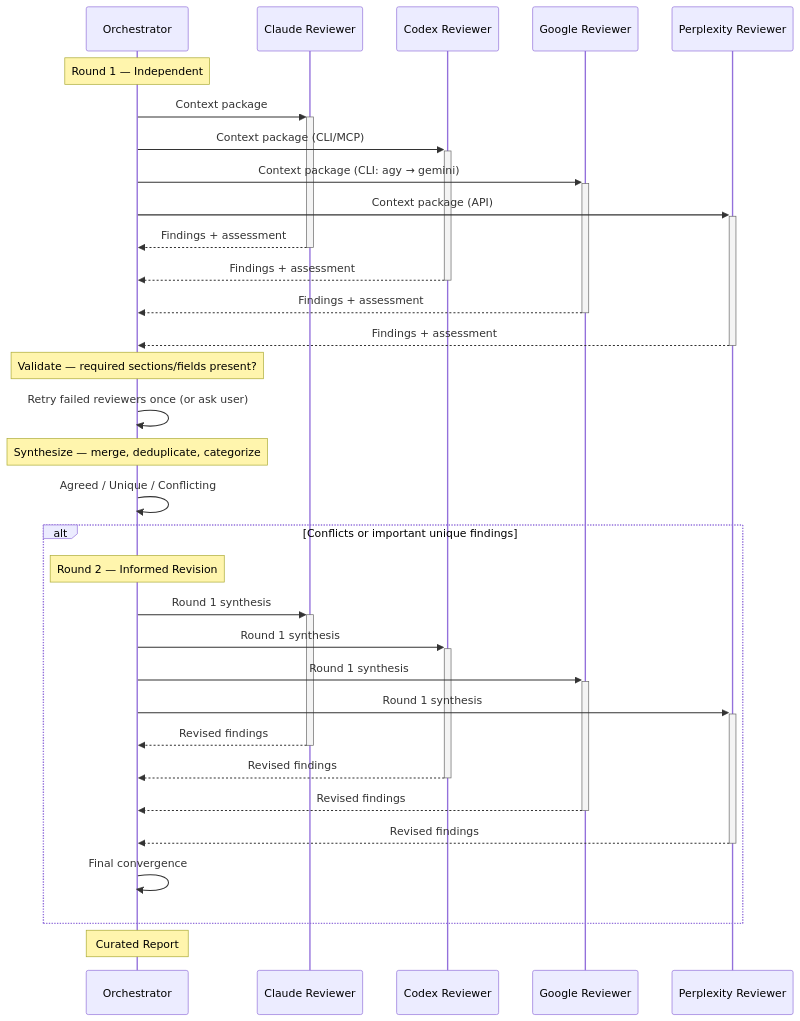
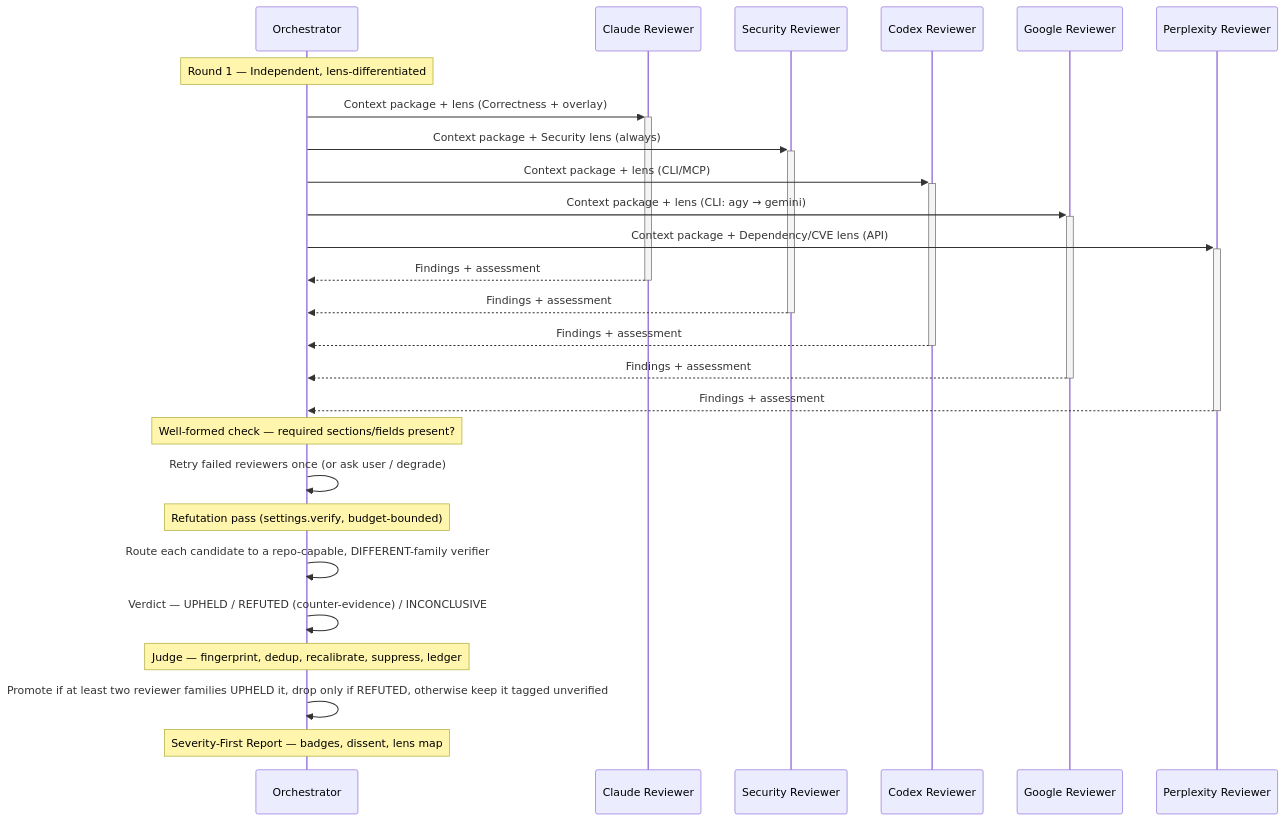
The third of 5 diagrams in README.md (deployhq/review-council), drawn with Mermaid before and after one commit. The commit also changed other lines of this file and 2 other files, not shown here.

````diff
--- a/README.md
+++ b/README.md
@@ -242,39 +300,33 @@
 ```mermaid
 sequenceDiagram
     participant O as Orchestrator
     participant C as Claude Reviewer
+    participant S as Security Reviewer
     participant X as Codex Reviewer
     participant G as Google Reviewer
     participant P as Perplexity Reviewer
 
-    Note over O: Round 1 — Independent
-    O->>+C: Context package
-    O->>+X: Context package (CLI/MCP)
-    O->>+G: Context package (CLI: agy → gemini)
-    O->>+P: Context package (API)
+    Note over O: Round 1 — Independent, lens-differentiated
+    O->>+C: Context package + lens (Correctness + overlay)
+    O->>+S: Context package + Security lens (always)
+    O->>+X: Context package + lens (CLI/MCP)
+    O->>+G: Context package + lens (CLI: agy → gemini)
+    O->>+P: Context package + Dependency/CVE lens (API)
     C-->>-O: Findings + assessment
+    S-->>-O: Findings + assessment
     X-->>-O: Findings + assessment
     G-->>-O: Findings + assessment
     P-->>-O: Findings + assessment
 
-    Note over O: Validate — required sections/fields present?
-    O->>O: Retry failed reviewers once (or ask user)
+    Note over O: Well-formed check — required sections/fields present?
+    O->>O: Retry failed reviewers once (or ask user / degrade)
 
-    Note over O: Synthesize — merge, deduplicate, categorize
-    O->>O: Agreed / Unique / Conflicting
+    Note over O: Refutation pass (settings.verify, budget-bounded)
+    O->>O: Route each candidate to a repo-capable, DIFFERENT-family verifier
+    O->>O: Verdict — UPHELD / REFUTED (counter-evidence) / INCONCLUSIVE
 
-    alt Conflicts or important unique findings
-        Note over O: Round 2 — Informed Revision
-        O->>+C: Round 1 synthesis
-        O->>+X: Round 1 synthesis
-        O->>+G: Round 1 synthesis
-        O->>+P: Round 1 synthesis
-        C-->>-O: Revised findings
-        X-->>-O: Revised findings
-        G-->>-O: Revised findings
-        P-->>-O: Revised findings
-        O->>O: Final convergence
-    end
+    Note over O: Judge — fingerprint, dedup, recalibrate, suppress, ledger
+    O->>O: Promote if at least two reviewer families UPHELD it, drop only if REFUTED, otherwise keep it tagged unverified
 
-    Note over O: Curated Report
+    Note over O: Severity-First Report — badges, dissent, lens map
 ```
````
